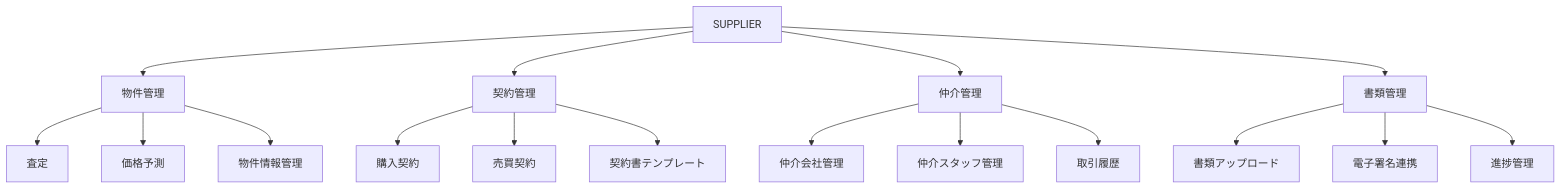
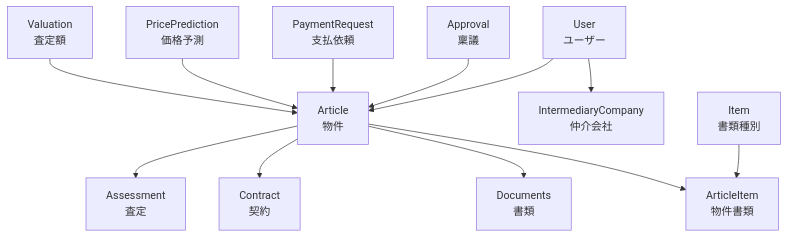
One commit to kokusho-gatech/obsidian_memo changed the diagram in Zettelkasten/10_Parmanentnote/supplier_docs/SUPPLIER_プロダクト総合説明書.md. Above: the diagram before and after it, drawn with Mermaid. The commit also changed other lines of this file and 1 other file, not shown here.

````diff
--- a/Zettelkasten/10_Parmanentnote/supplier_docs/SUPPLIER_プロダクト総合説明書.md
+++ b/Zettelkasten/10_Parmanentnote/supplier_docs/SUPPLIER_プロダクト総合説明書.md
@@ -64,23 +75,18 @@
 ```mermaid
 graph TD
-    A[SUPPLIER] --> B[物件管理]
-    A --> C[契約管理]
-    A --> D[仲介管理]
-    A --> E[書類管理]
+    A[Article<br/>物件] --> B[Assessment<br/>査定]
+    A --> C[Contract<br/>契約]
+    A --> D[Documents<br/>書類]
     
-    B --> B1[査定]
-    B --> B2[価格予測]
-    B --> B3[物件情報管理]
+    E[User<br/>ユーザー] --> A
+    E --> F[IntermediaryCompany<br/>仲介会社]
     
-    C --> C1[購入契約]
-    C --> C2[売買契約]
-    C --> C3[契約書テンプレート]
+    G[Item<br/>書類種別] --> H[ArticleItem<br/>物件書類]
+    A --> H
     
-    D --> D1[仲介会社管理]
-    D --> D2[仲介スタッフ管理]
-    D --> D3[取引履歴]
+    I[Approval<br/>稟議] --> A
+    J[PaymentRequest<br/>支払依頼] --> A
     
-    E --> E1[書類アップロード]
-    E --> E2[電子署名連携]
-    E --> E3[進捗管理]
+    K[PricePrediction<br/>価格予測] --> A
+    L[Valuation<br/>査定額] --> A
 ```
````
